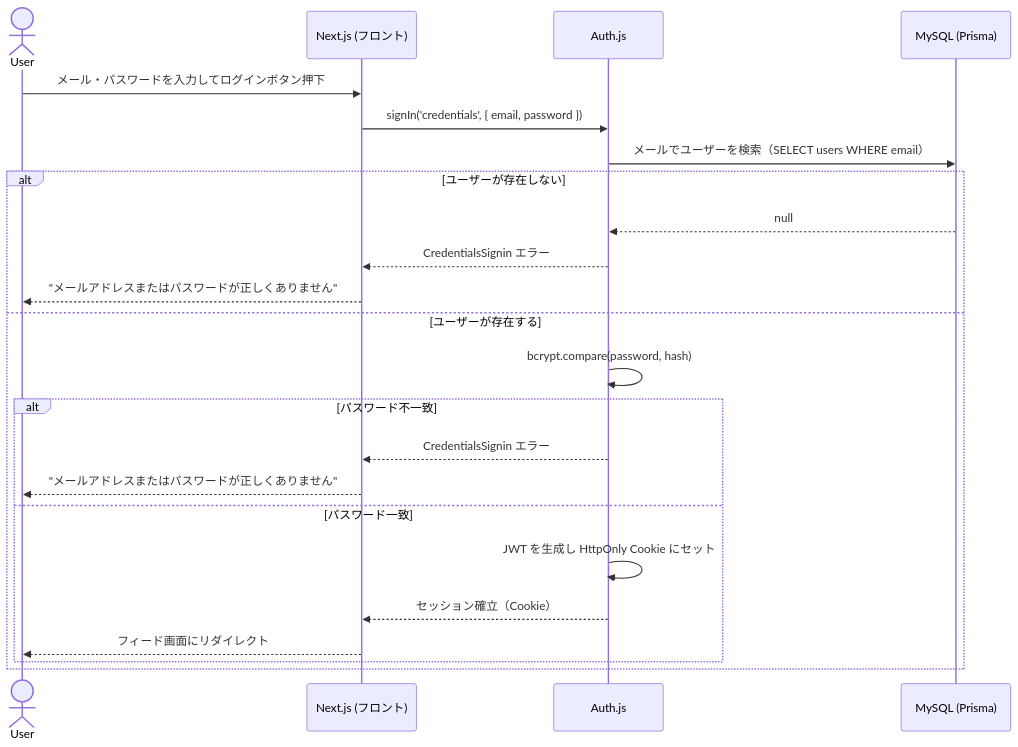
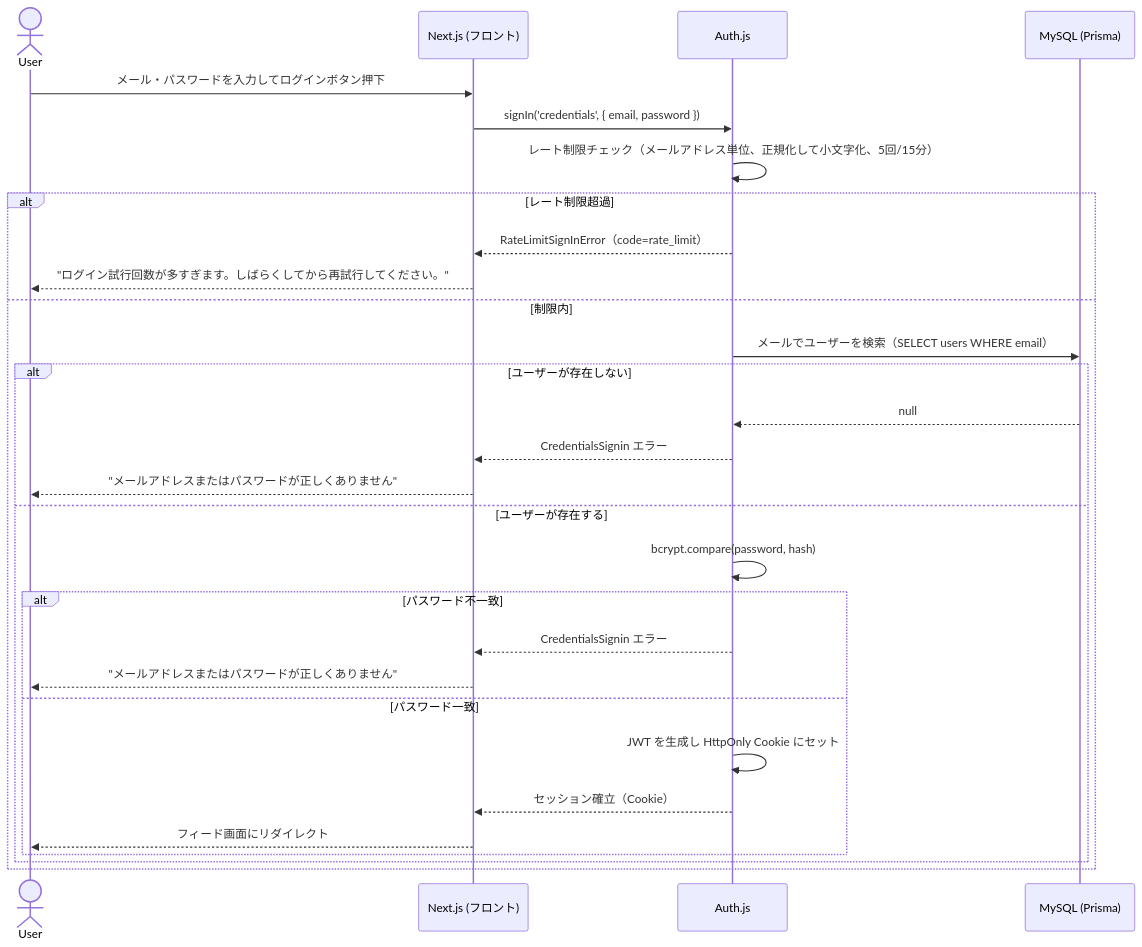
Before and after one commit to saki-nakata/TripDiary: the second of 10 diagrams in docs/シーケンス図.md, drawn with Mermaid. The commit also changed other lines of this file and 54 other files, not shown here.

````diff
--- a/docs/シーケンス図.md
+++ b/docs/シーケンス図.md
@@ -62,26 +70,32 @@
 ```mermaid
 sequenceDiagram
     actor User
     participant FE as Next.js (フロント)
     participant Auth as Auth.js
     participant DB as MySQL (Prisma)
 
     User->>FE: メール・パスワードを入力してログインボタン押下
     FE->>Auth: signIn('credentials', { email, password })
+    Auth->>Auth: レート制限チェック（メールアドレス単位、正規化して小文字化、5回/15分）
+    alt レート制限超過
+        Auth-->>FE: RateLimitSignInError（code=rate_limit）
+        FE-->>User: "ログイン試行回数が多すぎます。しばらくしてから再試行してください。"
+    else 制限内
     Auth->>DB: メールでユーザーを検索（SELECT users WHERE email）
     alt ユーザーが存在しない
         DB-->>Auth: null
         Auth-->>FE: CredentialsSignin エラー
         FE-->>User: "メールアドレスまたはパスワードが正しくありません"
     else ユーザーが存在する
         Auth->>Auth: bcrypt.compare(password, hash)
         alt パスワード不一致
             Auth-->>FE: CredentialsSignin エラー
             FE-->>User: "メールアドレスまたはパスワードが正しくありません"
         else パスワード一致
             Auth->>Auth: JWT を生成し HttpOnly Cookie にセット
             Auth-->>FE: セッション確立（Cookie）
             FE-->>User: フィード画面にリダイレクト
         end
     end
+    end
 ```
````
